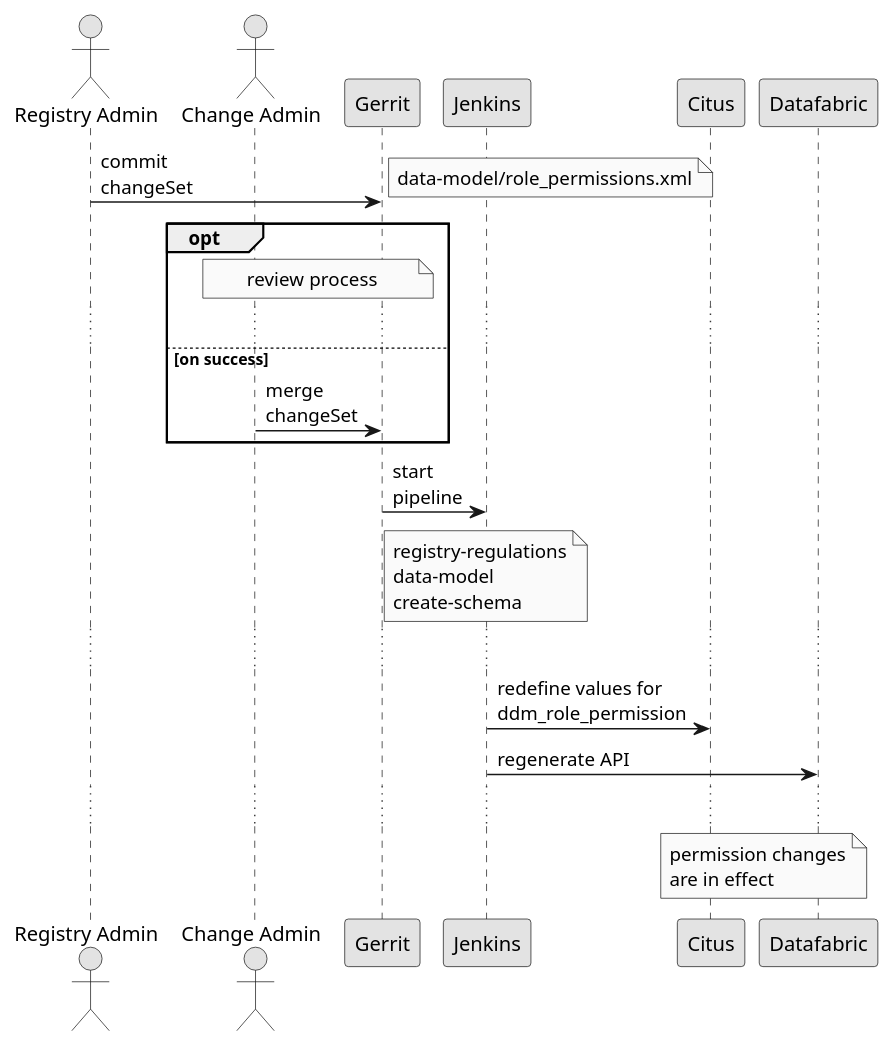
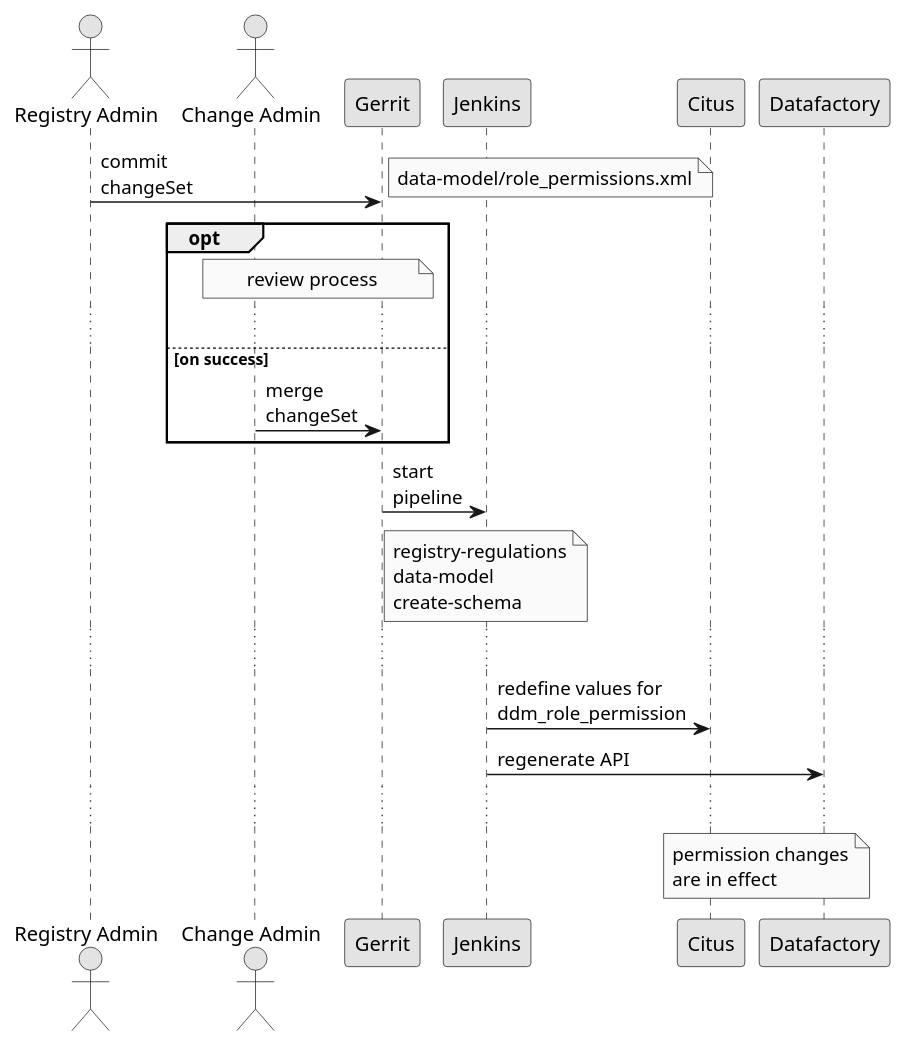
The diagram in modules/ROOT/partials/datafactory/rbac_change_permissions.puml (epam/edp-ddm-architecture), drawn with PlantUML before and after one commit. The commit also changed 2 other files, not shown here.

```diff
--- a/modules/ROOT/partials/datafactory/rbac_change_permissions.puml
+++ b/modules/ROOT/partials/datafactory/rbac_change_permissions.puml
@@ -1,26 +1,26 @@
 @startuml
 skinparam monochrome true
 'skinparam backgroundColor #aaaaaa
 
 Actor "Registry Admin" as RegAdmin
 Actor "Change Admin" as ChAdmin
 participant Gerrit
 
 RegAdmin -> Gerrit: commit\nchangeSet
 note right: data-model/role_permissions.xml
 opt
 note over ChAdmin, Gerrit: review process
 ...
 else on success
 ChAdmin -> Gerrit: merge\nchangeSet
 
 end
 Gerrit -> Jenkins: start\npipeline
 note over Jenkins: registry-regulations\ndata-model\ncreate-schema
 ...
 Jenkins -> Citus: redefine values for\nddm_role_permission
-Jenkins -> Datafabric: regenerate API
+Jenkins -> Datafactory: regenerate API
 ...
-note over Citus,Datafabric:permission changes\nare in effect
+note over Citus,Datafactory:permission changes\nare in effect
 
 @enduml
```
